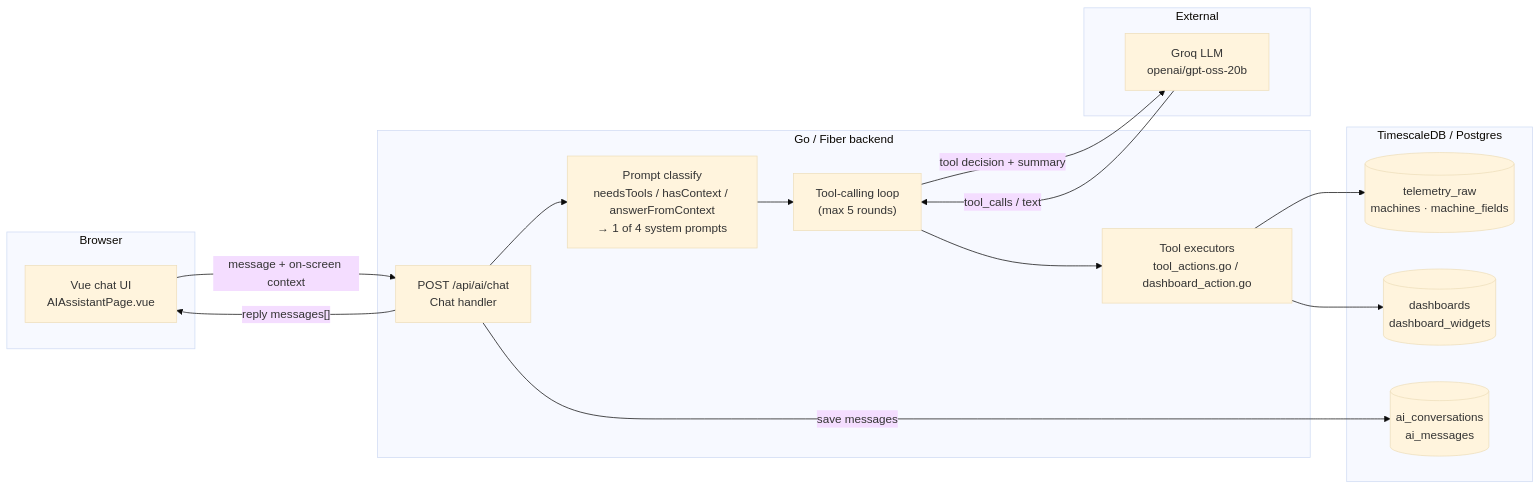
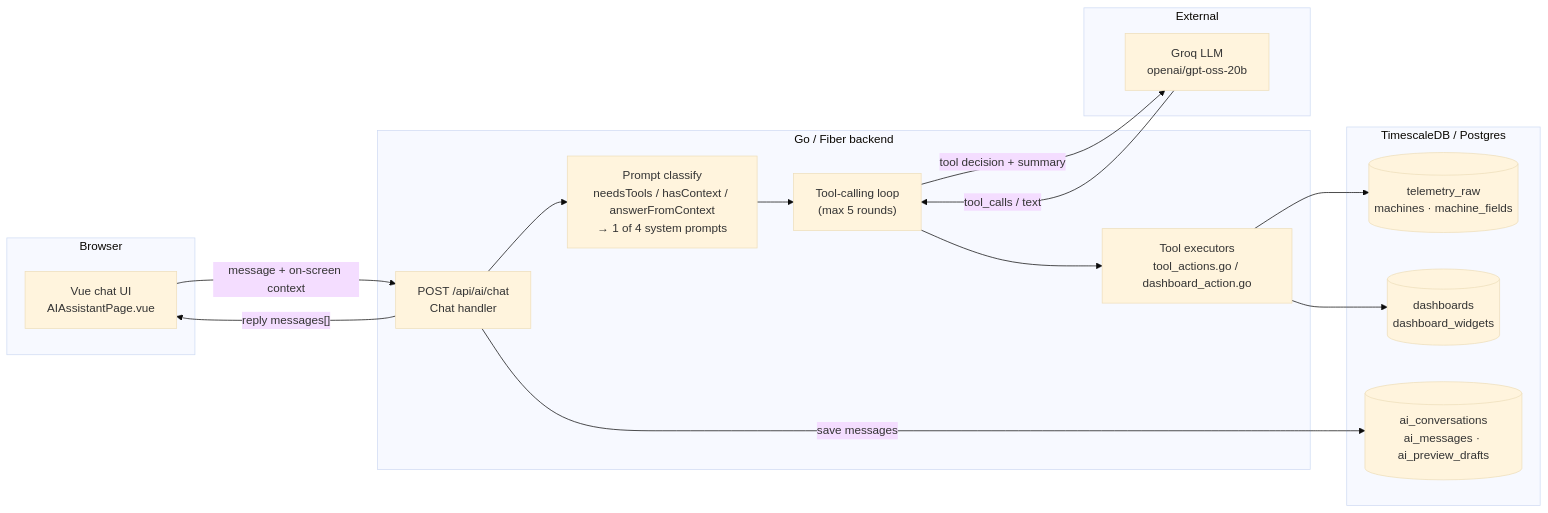
Before and after one commit to pepegummo/Project-Dashboard: the first of 6 diagrams in docs/AI_ARCHITECTURE.md, drawn with Mermaid (base theme). The commit also changed other lines of this file and 6 other files, not shown here.

````diff
--- a/docs/AI_ARCHITECTURE.md
+++ b/docs/AI_ARCHITECTURE.md
@@ -68,33 +76,33 @@
 ```mermaid
 flowchart LR
     subgraph Browser
         UI["Vue chat UI<br/>AIAssistantPage.vue"]
     end
 
     subgraph Backend["Go / Fiber backend"]
         CHAT["POST /api/ai/chat<br/>Chat handler"]
         CLASS["Prompt classify<br/>needsTools / hasContext / answerFromContext<br/>→ 1 of 4 system prompts"]
         LOOP["Tool-calling loop<br/>(max 5 rounds)"]
         TOOLS["Tool executors<br/>tool_actions.go / dashboard_action.go"]
     end
 
     subgraph External
         GROQ["Groq LLM<br/>openai/gpt-oss-20b"]
     end
 
     subgraph Data["TimescaleDB / Postgres"]
         TEL[("telemetry_raw<br/>machines · machine_fields")]
         DASH[("dashboards<br/>dashboard_widgets")]
-        HIST[("ai_conversations<br/>ai_messages")]
+        HIST[("ai_conversations<br/>ai_messages · ai_preview_drafts")]
     end
 
     UI -- "message + on-screen context" --> CHAT
     CHAT --> CLASS --> LOOP
     LOOP -- "tool decision + summary" --> GROQ
     GROQ -- "tool_calls / text" --> LOOP
     LOOP --> TOOLS
     TOOLS --> TEL
     TOOLS --> DASH
     CHAT -- "save messages" --> HIST
     CHAT -- "reply messages[]" --> UI
 ```
````
